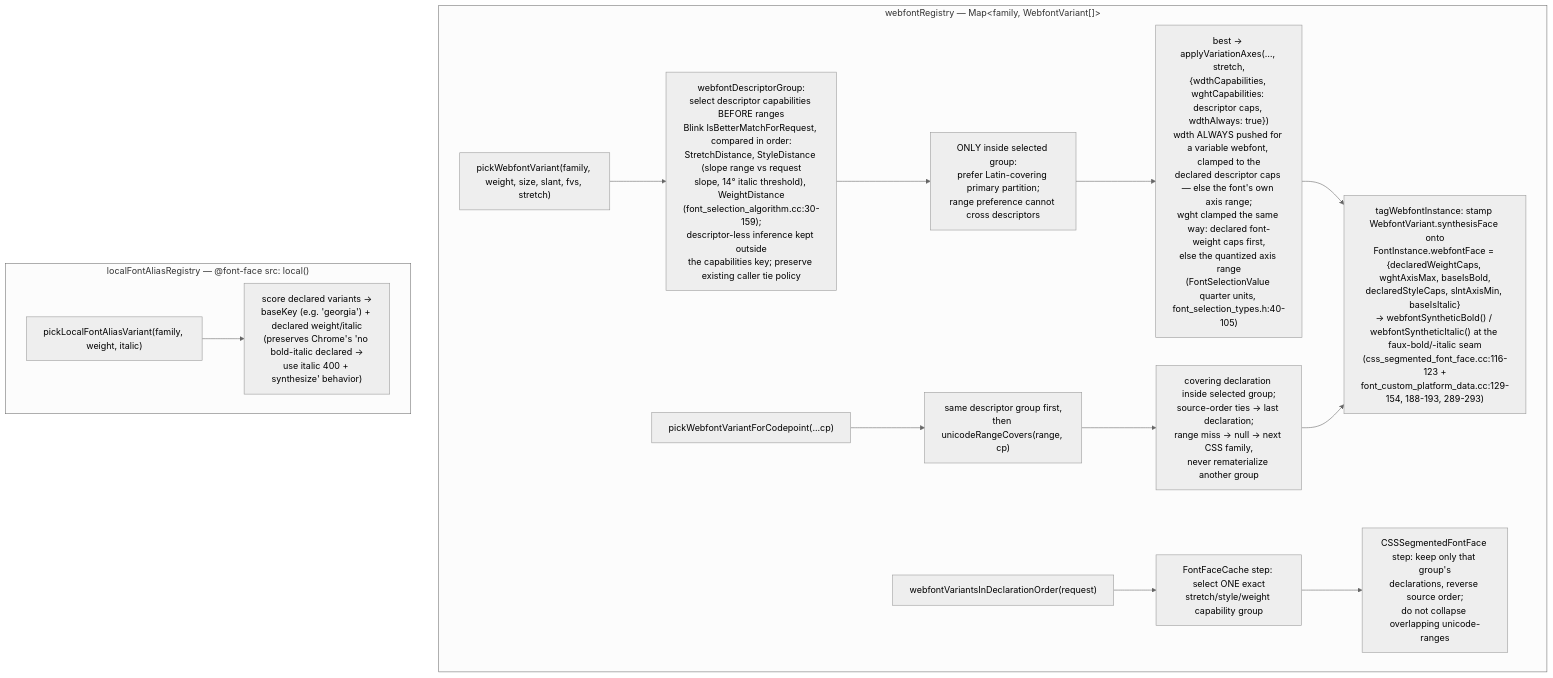
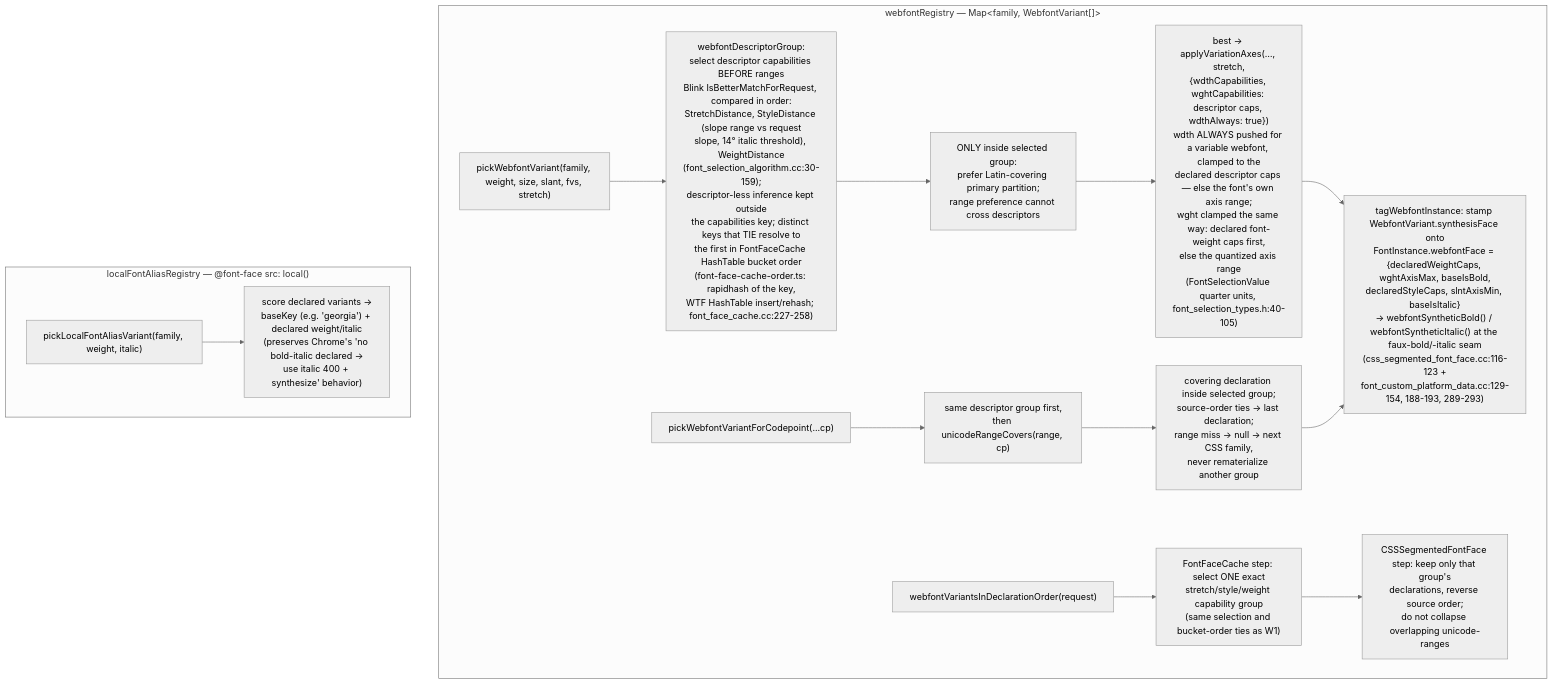
Before and after one commit to brianwestphal/domotion: the fifth of 13 diagrams in docs/font-resolution-diagram.md, drawn with Mermaid (neutral theme). The commit also changed other lines of this file and 11 other files, not shown here.

````diff
--- a/docs/font-resolution-diagram.md
+++ b/docs/font-resolution-diagram.md
@@ -1159,17 +1159,17 @@
 ```mermaid
 flowchart TD
   subgraph WF["webfontRegistry — Map&lt;family, WebfontVariant[]&gt;"]
-    W0["pickWebfontVariant(family, weight, size, slant, fvs, stretch)"] --> W1["webfontDescriptorGroup:<br/>select descriptor capabilities BEFORE ranges<br/>Blink IsBetterMatchForRequest, compared in order:<br/>StretchDistance, StyleDistance (slope range vs request<br/>slope, 14° italic threshold), WeightDistance<br/>(font_selection_algorithm.cc:30-159);<br/>descriptor-less inference kept outside<br/>the capabilities key; preserve existing caller tie policy"]
+    W0["pickWebfontVariant(family, weight, size, slant, fvs, stretch)"] --> W1["webfontDescriptorGroup:<br/>select descriptor capabilities BEFORE ranges<br/>Blink IsBetterMatchForRequest, compared in order:<br/>StretchDistance, StyleDistance (slope range vs request<br/>slope, 14° italic threshold), WeightDistance<br/>(font_selection_algorithm.cc:30-159);<br/>descriptor-less inference kept outside<br/>the capabilities key; distinct keys that TIE resolve to<br/>the first in FontFaceCache HashTable bucket order<br/>(font-face-cache-order.ts: rapidhash of the key,<br/>WTF HashTable insert/rehash; font_face_cache.cc:227-258)"]
     W1 --> WL["ONLY inside selected group:<br/>prefer Latin-covering primary partition;<br/>range preference cannot cross descriptors"]
     WL --> W2["best → applyVariationAxes(…, stretch,<br/>{wdthCapabilities, wghtCapabilities: descriptor caps, wdthAlways: true})<br/>wdth ALWAYS pushed for a variable webfont, clamped to the<br/>declared descriptor caps — else the font's own axis range;<br/>wght clamped the same way: declared font-weight caps first,<br/>else the quantized axis range<br/>(FontSelectionValue quarter units, font_selection_types.h:40-105)"]
     W2 --> W3["tagWebfontInstance: stamp WebfontVariant.synthesisFace onto<br/>FontInstance.webfontFace = {declaredWeightCaps, wghtAxisMax, baseIsBold,<br/>declaredStyleCaps, slntAxisMin, baseIsItalic}<br/>→ webfontSyntheticBold() / webfontSyntheticItalic() at the faux-bold/-italic seam<br/>(css_segmented_font_face.cc:116-123 +<br/>font_custom_platform_data.cc:129-154, 188-193, 289-293)"]
     P0["pickWebfontVariantForCodepoint(...cp)"] --> P1["same descriptor group first,<br/>then unicodeRangeCovers(range, cp)"]
     P1 --> P2["covering declaration inside selected group;<br/>source-order ties → last declaration;<br/>range miss → null → next CSS family,<br/>never rematerialize another group"]
     P2 --> W3
-    S0["webfontVariantsInDeclarationOrder(request)"] --> S1["FontFaceCache step: select ONE exact<br/>stretch/style/weight capability group"]
+    S0["webfontVariantsInDeclarationOrder(request)"] --> S1["FontFaceCache step: select ONE exact<br/>stretch/style/weight capability group<br/>(same selection and bucket-order ties as W1)"]
     S1 --> S2["CSSSegmentedFontFace step: keep only that group's<br/>declarations, reverse source order;<br/>do not collapse overlapping unicode-ranges"]
   end
   subgraph LA["localFontAliasRegistry — @font-face src: local()"]
     LA0["pickLocalFontAliasVariant(family, weight, italic)"] --> LA1["score declared variants →<br/>baseKey (e.g. 'georgia') + declared weight/italic<br/>(preserves Chrome's 'no bold-italic declared →<br/>use italic 400 + synthesize' behavior)"]
   end
 ```
````
